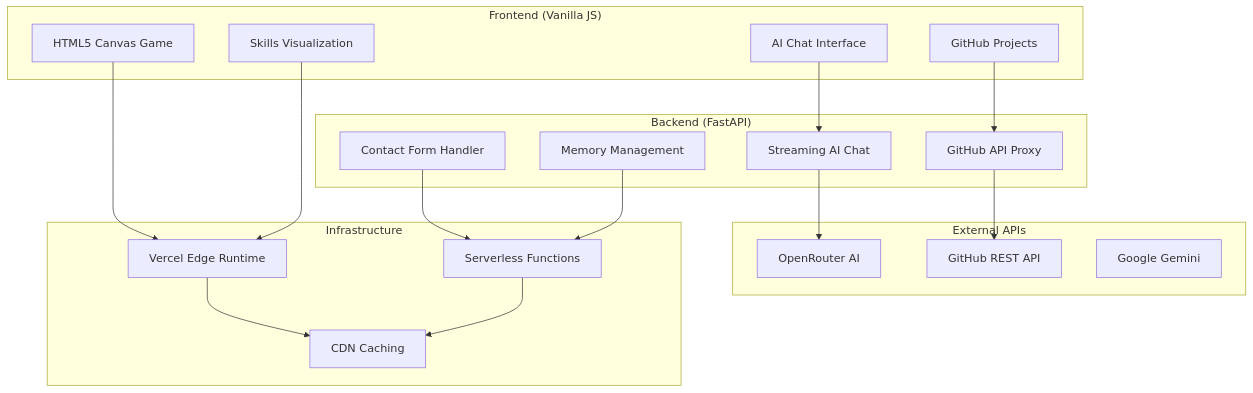
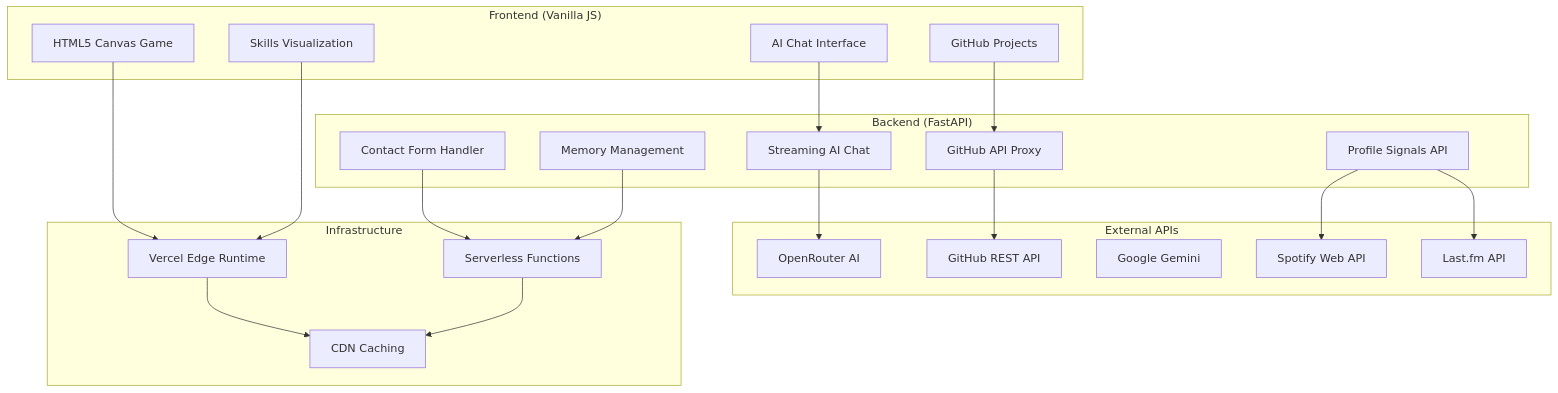
Before and after one commit to mangeshraut712/mangeshrautarchive: the diagram in README.md, drawn with Mermaid. The commit also changed other lines of this file and 21 other files, not shown here.

````diff
--- a/README.md
+++ b/README.md
@@ -254,39 +263,44 @@
 ```mermaid
 graph TB
     subgraph "Frontend (Vanilla JS)"
         A[HTML5 Canvas Game]
         B[AI Chat Interface]
         C[Skills Visualization]
         D[GitHub Projects]
     end
 
     subgraph "Backend (FastAPI)"
         E[Streaming AI Chat]
         F[GitHub API Proxy]
         G[Contact Form Handler]
         H[Memory Management]
+        O[Profile Signals API]
     end
 
     subgraph "External APIs"
         I[OpenRouter AI]
         J[GitHub REST API]
         K[Google Gemini]
+        P[Spotify Web API]
+        Q[Last.fm API]
     end
 
     subgraph "Infrastructure"
         L[Vercel Edge Runtime]
         M[Serverless Functions]
         N[CDN Caching]
     end
 
     A --> L
     B --> E
     C --> L
     D --> F
     E --> I
     F --> J
     G --> M
     H --> M
+    O --> P
+    O --> Q
     L --> N
     M --> N
 ```
````
